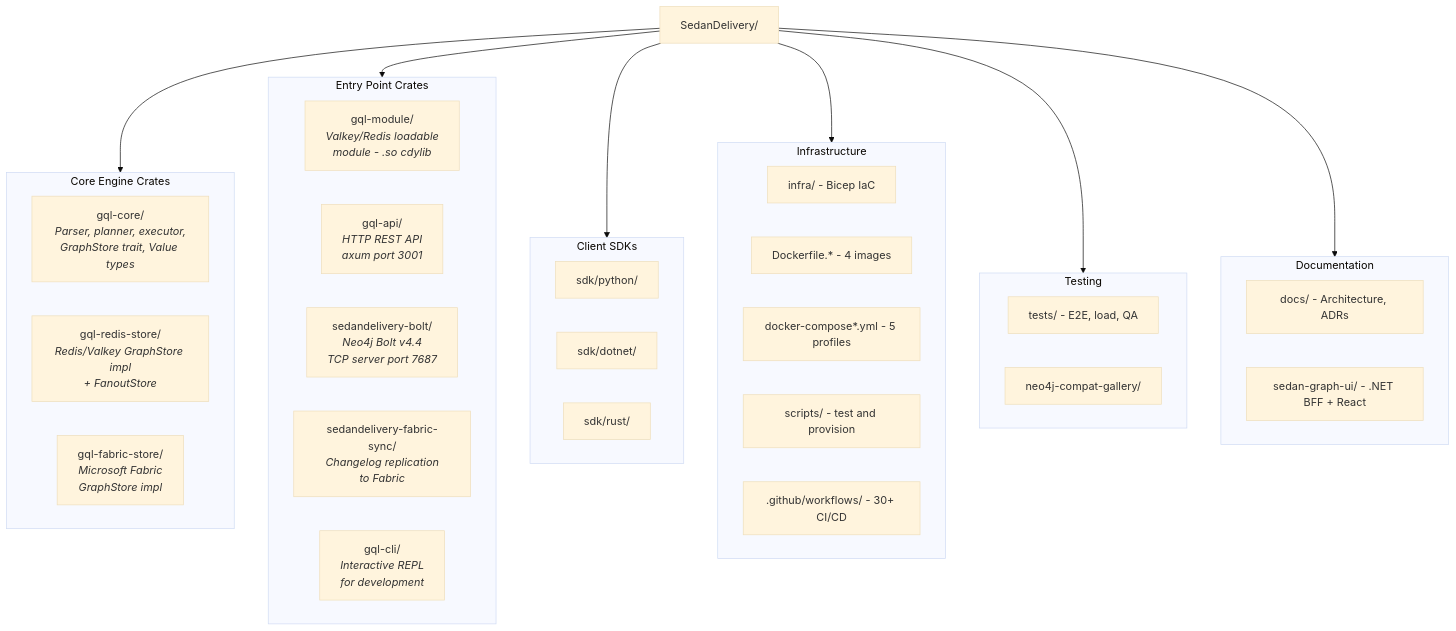
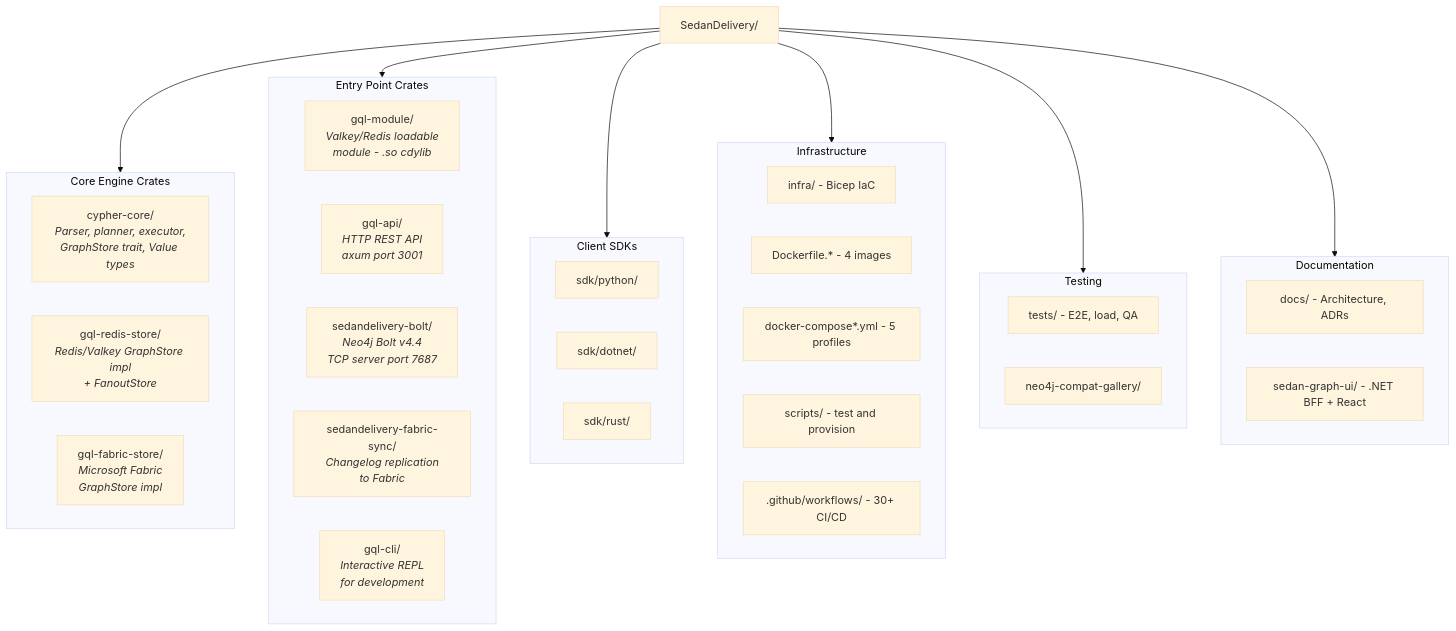
One commit to rysweet/SedanDelivery changed the diagram in docs/atlas/repo-surface/repo-surface.mmd. Above: the diagram before and after it, drawn with Mermaid (base theme). The commit also changed 488 other files, not shown here.

First line of the commit message:
feat(cypher-core): architecture cleanup + PersistentGraphStore (#1093)

```diff
--- a/docs/atlas/repo-surface/repo-surface.mmd
+++ b/docs/atlas/repo-surface/repo-surface.mmd
@@ -1,47 +1,47 @@
 graph TD
     ROOT["SedanDelivery/"]
     
     subgraph core_crates["Core Engine Crates"]
-        GQL_CORE["gql-core/<br/><i>Parser, planner, executor,<br/>GraphStore trait, Value types</i>"]
+        GQL_CORE["cypher-core/<br/><i>Parser, planner, executor,<br/>GraphStore trait, Value types</i>"]
         GQL_REDIS["gql-redis-store/<br/><i>Redis/Valkey GraphStore impl<br/>+ FanoutStore</i>"]
         GQL_FABRIC["gql-fabric-store/<br/><i>Microsoft Fabric<br/>GraphStore impl</i>"]
     end
 
     subgraph entry_points["Entry Point Crates"]
         GQL_MODULE["gql-module/<br/><i>Valkey/Redis loadable<br/>module - .so cdylib</i>"]
         GQL_API["gql-api/<br/><i>HTTP REST API<br/>axum port 3001</i>"]
         BOLT["sedandelivery-bolt/<br/><i>Neo4j Bolt v4.4<br/>TCP server port 7687</i>"]
         SYNC["sedandelivery-fabric-sync/<br/><i>Changelog replication<br/>to Fabric</i>"]
         CLI["gql-cli/<br/><i>Interactive REPL<br/>for development</i>"]
     end
 
     subgraph sdks["Client SDKs"]
         SDK_PY["sdk/python/"]
         SDK_NET["sdk/dotnet/"]
         SDK_RS["sdk/rust/"]
     end
 
     subgraph infra_deploy["Infrastructure"]
         INFRA["infra/ - Bicep IaC"]
         DOCKER["Dockerfile.* - 4 images"]
         COMPOSE["docker-compose*.yml - 5 profiles"]
         SCRIPTS["scripts/ - test and provision"]
         GH_ACTIONS[".github/workflows/ - 30+ CI/CD"]
     end
 
     subgraph testing["Testing"]
         TESTS["tests/ - E2E, load, QA"]
         NEO4J_COMPAT["neo4j-compat-gallery/"]
     end
 
     subgraph docs_group["Documentation"]
         DOCS["docs/ - Architecture, ADRs"]
         SEDAN_UI["sedan-graph-ui/ - .NET BFF + React"]
     end
 
     ROOT --> core_crates
     ROOT --> entry_points
     ROOT --> sdks
     ROOT --> infra_deploy
     ROOT --> testing
     ROOT --> docs_group
```
